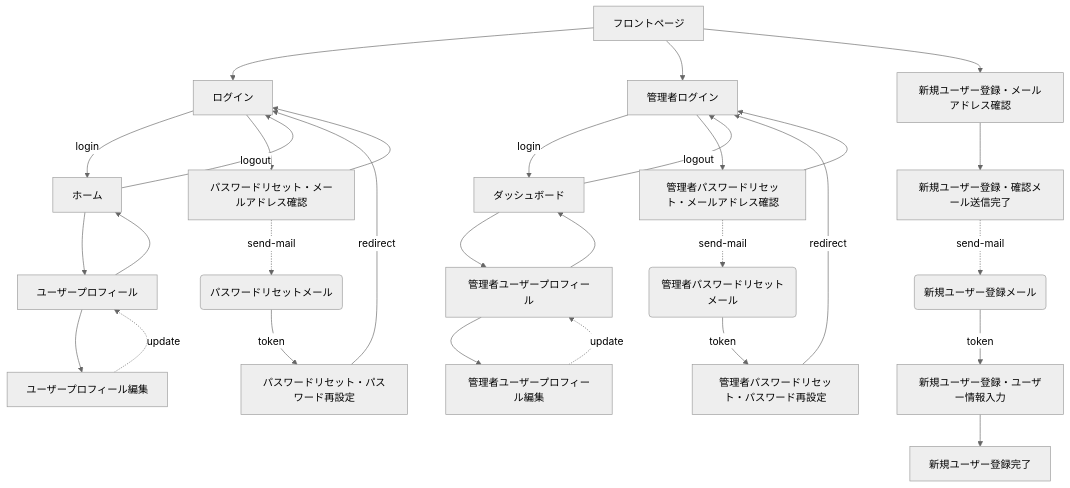
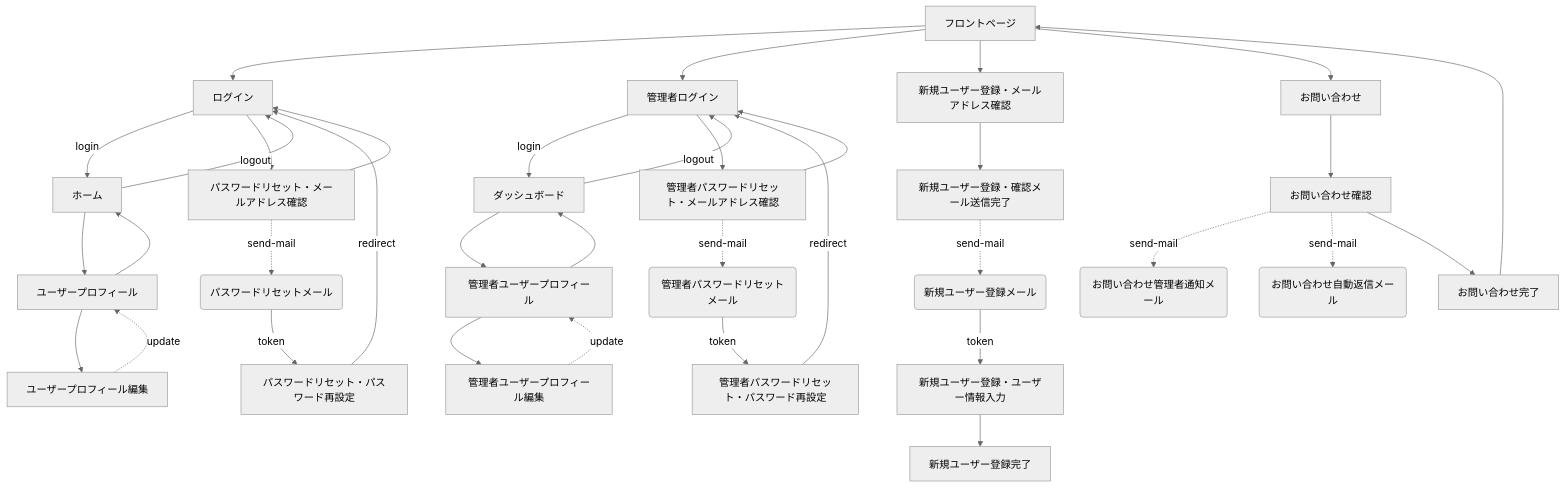
One commit to DesignSupply/startify-app changed the first of 2 diagrams in .cursor/rules/app-overview.mdc. Above: the diagram before and after it, drawn with Mermaid (neutral theme). The commit also changed other lines of this file and 4 other files, not shown here.

````diff
--- a/.cursor/rules/app-overview.mdc
+++ b/.cursor/rules/app-overview.mdc
@@ -46,32 +50,39 @@
 ```mermaid
 flowchart TD
     frontpage[フロントページ] --> signin[ログイン]
     signin -- login -->  home[ホーム]
     home -- logout --> signin
     frontpage --> admin[管理者ログイン]
     admin -- login --> dashboard[ダッシュボード]
     dashboard -- logout --> admin
     signin --> password-forgot[パスワードリセット・メールアドレス確認]
     password-forgot -.-> |send-mail| mail-password-forgot(パスワードリセットメール)
     mail-password-forgot -- token --> password-reset[パスワードリセット・パスワード再設定]
     password-reset -- redirect --> signin
     password-forgot --> signin
     admin --> admin-password-forgot[管理者パスワードリセット・メールアドレス確認]
     admin-password-forgot -.-> |send-mail| mail-admin-password-forgot(管理者パスワードリセットメール)
     mail-admin-password-forgot -- token --> admin-password-reset[管理者パスワードリセット・パスワード再設定]
     admin-password-reset -- redirect --> admin
     admin-password-forgot --> admin
     frontpage --> signup[新規ユーザー登録・メールアドレス確認]
     signup --> signup-pending[新規ユーザー登録・確認メール送信完了]
     signup-pending -.-> |send-mail| mail-signup(新規ユーザー登録メール)
     mail-signup -- token --> signup-register[新規ユーザー登録・ユーザー情報入力]
     signup-register --> signup-complete[新規ユーザー登録完了]
     home --> profile[ユーザープロフィール]
     profile --> home
     profile --> profile-edit[ユーザープロフィール編集]
     profile-edit -.-> |update| profile
     dashboard --> admin-profile[管理者ユーザープロフィール]
     admin-profile --> dashboard
     admin-profile --> admin-profile-edit[管理者ユーザープロフィール編集]
     admin-profile-edit -.-> |update| admin-profile
+    frontpage --> contact[お問い合わせ]
+    contact --> contact-confirm[お問い合わせ確認]
+    contact-confirm -.-> |send-mail| mail-contact-notification(お問い合わせ管理者通知メール)
+    contact-confirm -.-> |send-mail| mail-contact-reply(お問い合わせ自動返信メール)
+    contact-confirm --> contact-thanks[お問い合わせ完了]
+    contact-thanks --> frontpage
+
 ```
````
